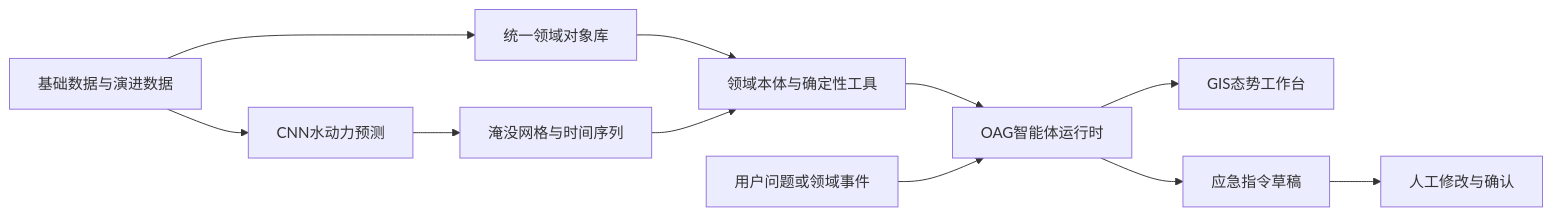
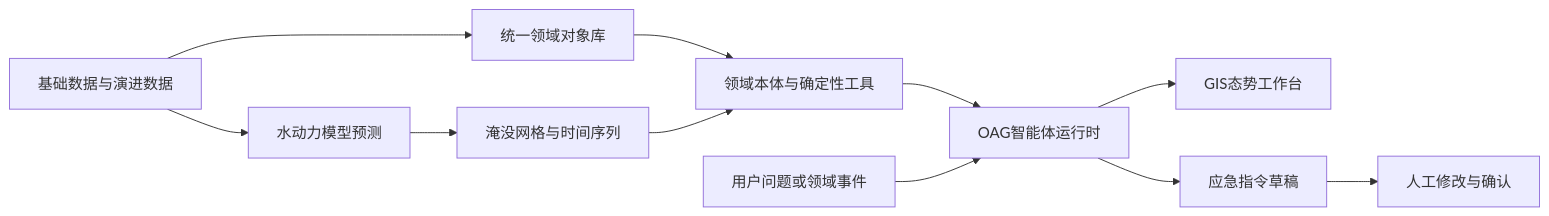
The first of 3 diagrams in docs/技术方案.md (9triver/flood), drawn with Mermaid before and after one commit. The commit also changed other lines of this file and 21 other files, not shown here.

````diff
--- a/docs/技术方案.md
+++ b/docs/技术方案.md
@@ -44,13 +44,13 @@
 ```mermaid
 flowchart LR
     A[基础数据与演进数据] --> B[统一领域对象库]
     B --> C[领域本体与确定性工具]
-    A --> D[CNN水动力预测]
+    A --> D[水动力模型预测]
     D --> E[淹没网格与时间序列]
     E --> C
     C --> F[OAG智能体运行时]
     G[用户问题或领域事件] --> F
     F --> H[GIS态势工作台]
     F --> I[应急指令草稿]
     I --> J[人工修改与确认]
 ```
````
